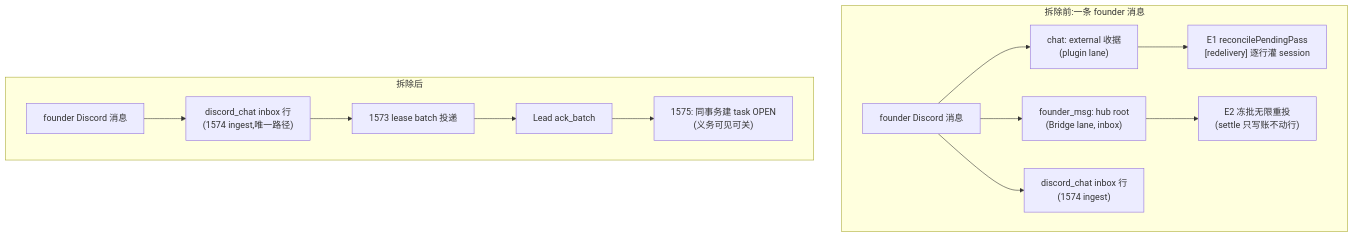
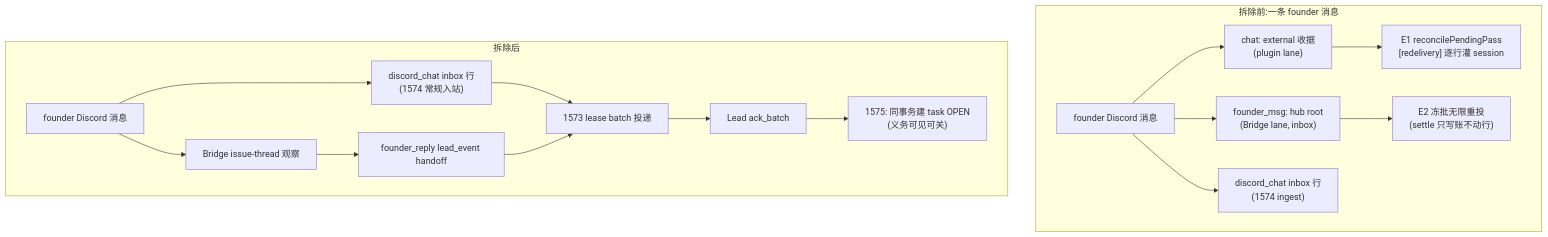
The diagram in engineering/doc/FLY-1645-receipt-ledger-teardown/plan.md (xrliAnnie/flywheel-qa-sandbox), drawn with Mermaid before and after one commit. The commit also changed other lines of this file, not shown here.

````diff
--- a/engineering/doc/FLY-1645-receipt-ledger-teardown/plan.md
+++ b/engineering/doc/FLY-1645-receipt-ledger-teardown/plan.md
@@ -25,16 +25,19 @@
 ```mermaid
 flowchart TB
     subgraph before["拆除前:一条 founder 消息"]
         F[founder Discord 消息] --> T1["chat: external 收据<br/>(plugin lane)"]
         F --> T2["founder_msg: hub root<br/>(Bridge lane, inbox)"]
         F --> T3["discord_chat inbox 行<br/>(1574 ingest)"]
         T1 --> E1["E1 reconcilePendingPass<br/>[redelivery] 逐行灌 session"]
         T2 --> E2["E2 冻批无限重投<br/>(settle 只写账不动行)"]
     end
     subgraph after["拆除后"]
-        F2[founder Discord 消息] --> I["discord_chat inbox 行<br/>(1574 ingest,唯一路径)"]
+        F2[founder Discord 消息] --> I["discord_chat inbox 行<br/>(1574 常规入站)"]
         I --> L["1573 lease batch 投递"]
         L --> A["Lead ack_batch"]
         A --> K["1575: 同事务建 task OPEN<br/>(义务可见可关)"]
+        F2 --> B["Bridge issue-thread 观察"]
+        B --> H["founder_reply lead_event handoff"]
+        H --> L
     end
 ```
````
